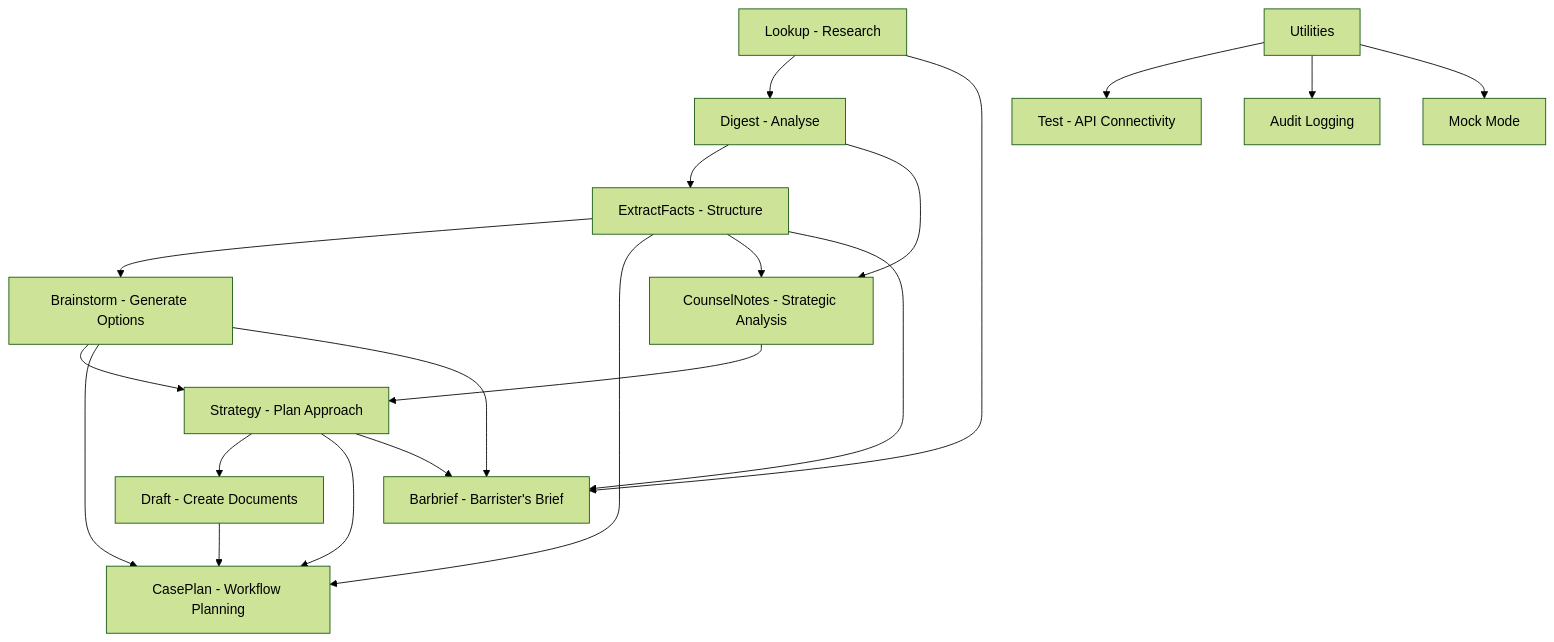
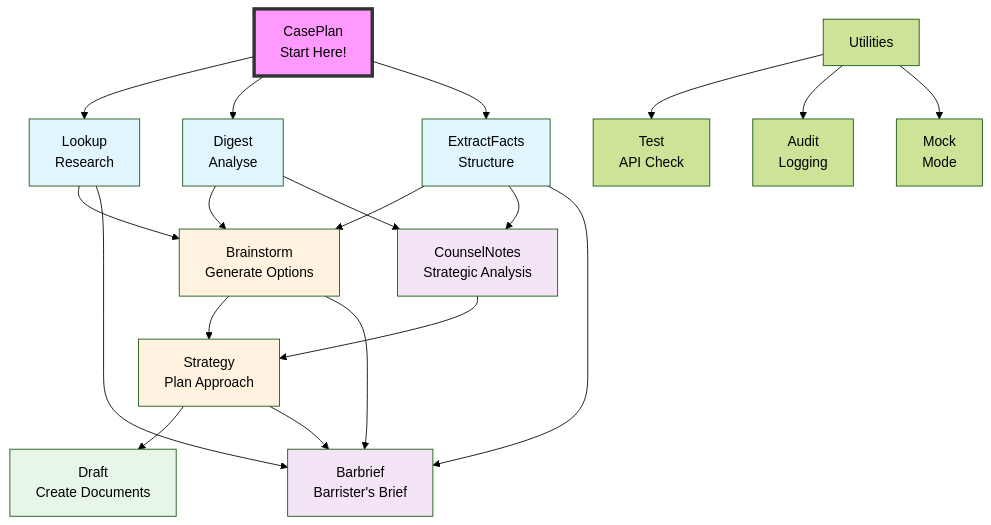
Before and after one commit to agelastic/litassist-priv: the diagram in README.md, drawn with Mermaid (forest theme). The commit also changed other lines of this file and 1 other file, not shown here.

````diff
--- a/README.md
+++ b/README.md
@@ -5,26 +12,36 @@
 ```mermaid
 graph TD
-    A["Lookup - Research"] --> B["Digest - Analyse"]
-    B --> C["ExtractFacts - Structure"]
-    C --> D["Brainstorm - Generate Options"]
-    D --> E["Strategy - Plan Approach"]
-    E --> F["Draft - Create Documents"]
-
-    F --> M["CasePlan - Workflow Planning"]
-    C --> M
-    D --> M
-    E --> M
-
-    B --> K["CounselNotes - Strategic Analysis"]
-    C --> K
-    K --> E
-
-    C --> L["Barbrief - Barrister's Brief"]
-    D --> L
-    E --> L
-    A --> L
-
-    G[Utilities] --> H["Test - API Connectivity"]
-    G --> I["Audit Logging"]
-    G --> J["Mock Mode"]
+    CP["CasePlan<br/>Start Here!"] --> A["Lookup<br/>Research"]
+    CP --> B["Digest<br/>Analyse"]
+    CP --> C["ExtractFacts<br/>Structure"]
+    
+    A --> D["Brainstorm<br/>Generate Options"]
+    B --> D
+    C --> D
+    
+    D --> E["Strategy<br/>Plan Approach"]
+    E --> F["Draft<br/>Create Documents"]
+    
+    B --> CN["CounselNotes<br/>Strategic Analysis"]
+    C --> CN
+    CN --> E
+    
+    C --> BB["Barbrief<br/>Barrister's Brief"]
+    D --> BB
+    E --> BB
+    A --> BB
+    
+    G[Utilities] --> H["Test<br/>API Check"]
+    G --> I["Audit<br/>Logging"]
+    G --> J["Mock<br/>Mode"]
+    
+    style CP fill:#f9f,stroke:#333,stroke-width:4px
+    style A fill:#e1f5fe
+    style B fill:#e1f5fe
+    style C fill:#e1f5fe
+    style D fill:#fff3e0
+    style E fill:#fff3e0
+    style F fill:#e8f5e9
+    style CN fill:#f3e5f5
+    style BB fill:#f3e5f5
 ```
````
